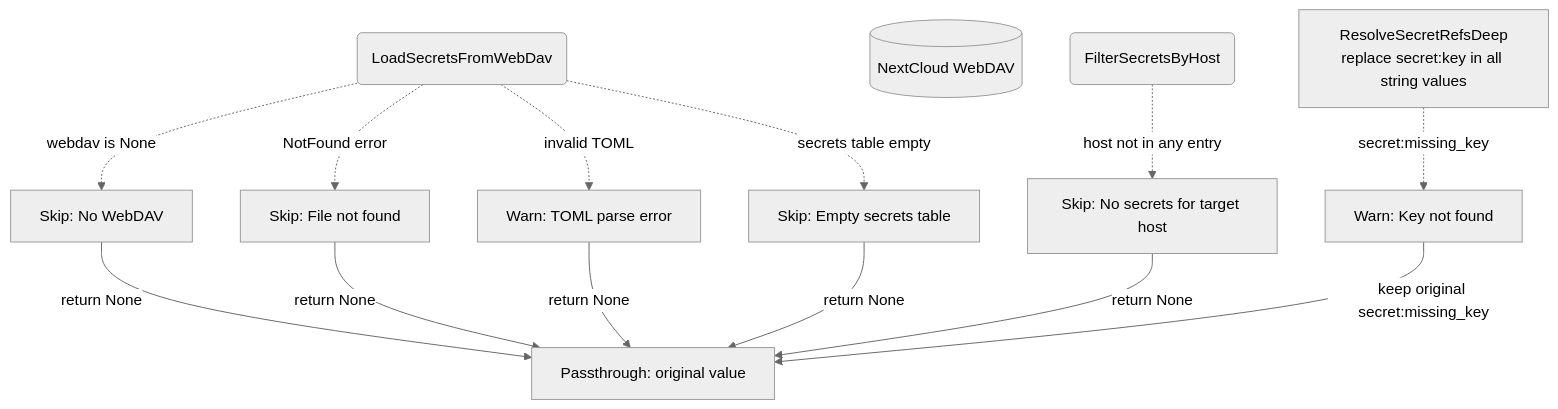
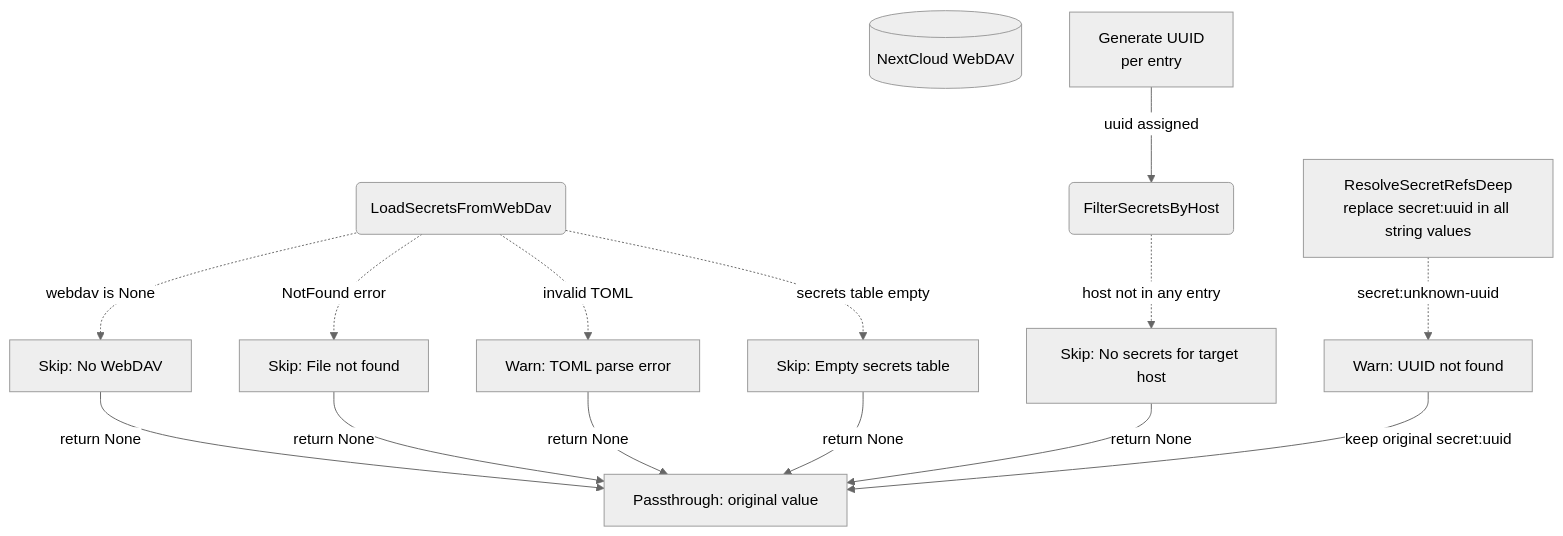
Before and after one commit to cosmoswafer/rockbot: the second of 6 diagrams in _dfd/interception/secret-interception.md, drawn with Mermaid (neutral theme). The commit also changed other lines of this file and 1 other file, not shown here.

Commit message:
docs: update prompt inventory with corrected line numbers and UUID-based secret interception DFD

````diff
--- a/_dfd/interception/secret-interception.md
+++ b/_dfd/interception/secret-interception.md
@@ -79,27 +95,29 @@
 ```mermaid
 flowchart TD
     LOAD(LoadSecretsFromWebDav)
     DAV[(NextCloud WebDAV)]
     NO_DAV[Skip: No WebDAV]
     NOT_FOUND[Skip: File not found]
     PARSE_ERR[Warn: TOML parse error]
     EMPTY[Skip: Empty secrets table]
+    GEN["Generate UUID<br/>per entry"]
     FILTER(FilterSecretsByHost)
     NO_HOST[Skip: No secrets for target host]
-    RESOLVE["ResolveSecretRefsDeep<br/>replace secret:key in all string values"]
-    KEY_MISS[Warn: Key not found]
+    RESOLVE["ResolveSecretRefsDeep<br/>replace secret:uuid in all string values"]
+    UUID_MISS[Warn: UUID not found]
     PASS[Passthrough: original value]
 
     LOAD -.->|"webdav is None"| NO_DAV
     LOAD -.->|"NotFound error"| NOT_FOUND
     LOAD -.->|"invalid TOML"| PARSE_ERR
     LOAD -.->|"secrets table empty"| EMPTY
     NO_DAV -->|"return None"| PASS
     NOT_FOUND -->|"return None"| PASS
     PARSE_ERR -->|"return None"| PASS
     EMPTY -->|"return None"| PASS
+    GEN -->|"uuid assigned"| FILTER
     FILTER -.->|"host not in any entry"| NO_HOST
     NO_HOST -->|"return None"| PASS
-    RESOLVE -.->|"secret:missing_key"| KEY_MISS
-    KEY_MISS -->|"keep original secret:missing_key"| PASS
+    RESOLVE -.->|"secret:unknown-uuid"| UUID_MISS
+    UUID_MISS -->|"keep original secret:uuid"| PASS
 ```
````
